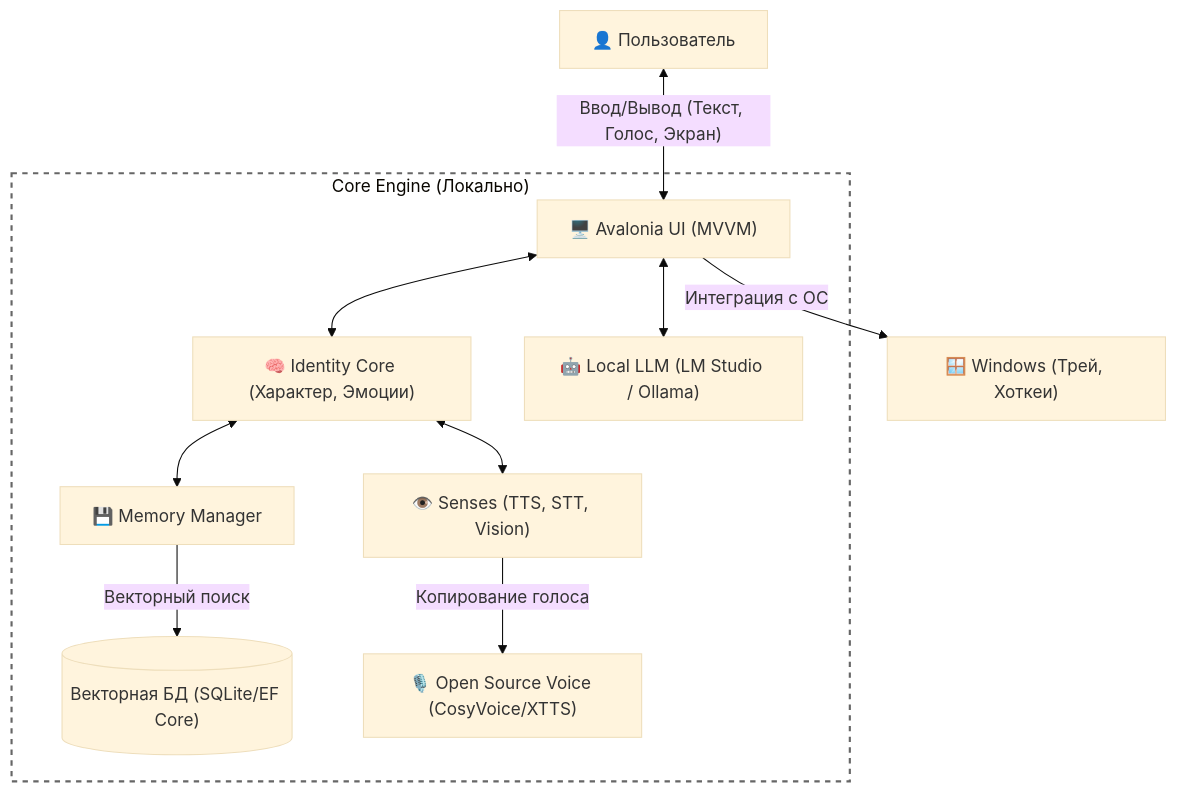
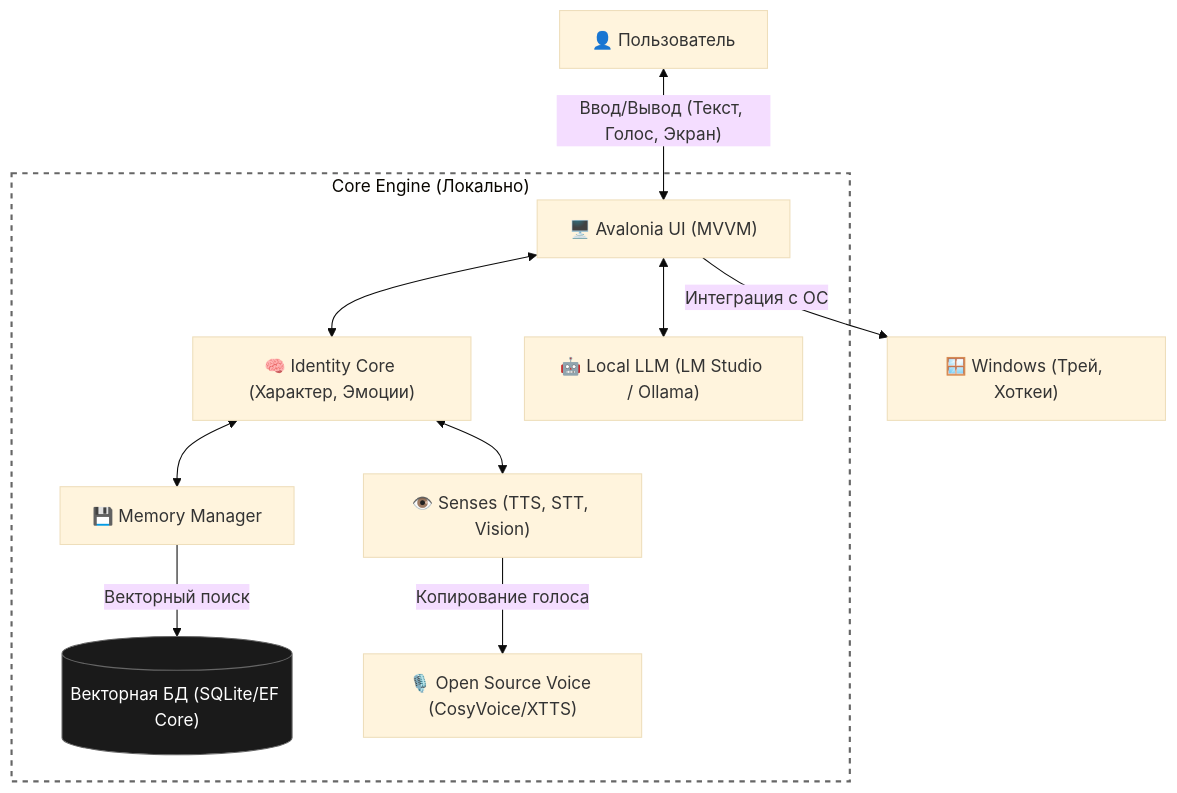
One commit to SHIZOSHAZIA/narve-public changed the diagram in README.md. Above: the diagram before and after it, drawn with Mermaid (base theme). The commit also changed other lines of this file, not shown here.

Commit message:
docs: fix features layout to headers and add explicit dark styling to Mermaid cylinder node

````diff
--- a/README.md
+++ b/README.md
@@ -40,18 +53,19 @@
 ```mermaid
 graph TD;
     User["👤 Пользователь"] <-->|"Ввод/Вывод (Текст, Голос, Экран)"| UI["🖥️ Avalonia UI (MVVM)"]
     
     subgraph CoreEngine["Core Engine (Локально)"]
         UI <--> Identity["🧠 Identity Core (Характер, Эмоции)"]
         UI <--> LocalLLM["🤖 Local LLM (LM Studio / Ollama)"]
         
         Identity <--> MemoryManager["💾 Memory Manager"]
         MemoryManager -->|"Векторный поиск"| VectorDB[("Векторная БД (SQLite/EF Core)")]
         
         Identity <--> Senses["👁️ Senses (TTS, STT, Vision)"]
         Senses -->|"Копирование голоса"| VoiceModels["🎙️ Open Source Voice (CosyVoice/XTTS)"]
     end
     style CoreEngine fill:transparent,stroke:#666,stroke-width:2px,stroke-dasharray: 5 5
+    style VectorDB fill:#1a1a1a,stroke:#666,color:#ffffff
     
     UI -->|"Интеграция с ОС"| OS["🪟 Windows (Трей, Хоткеи)"]
 ```
````
